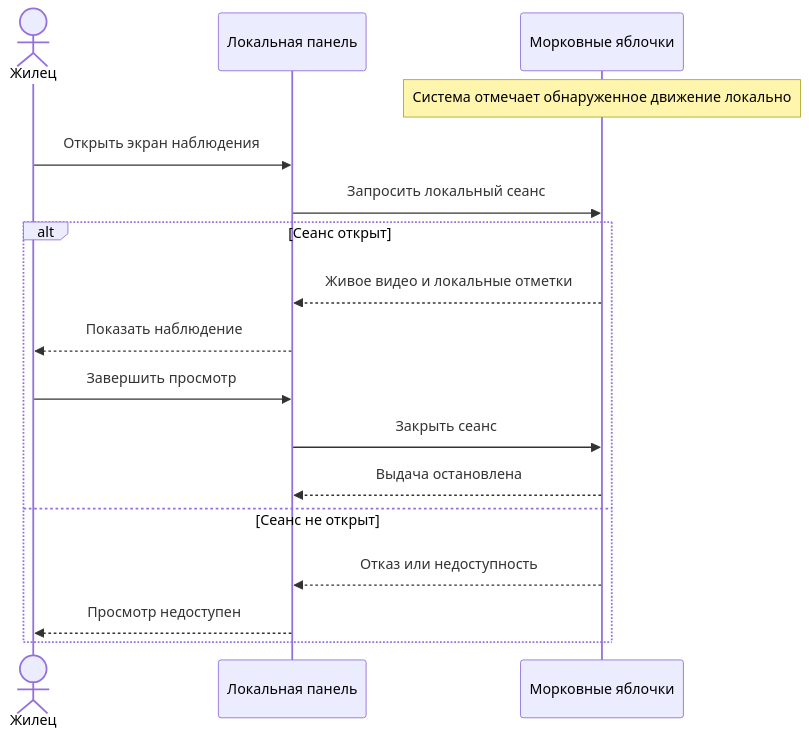
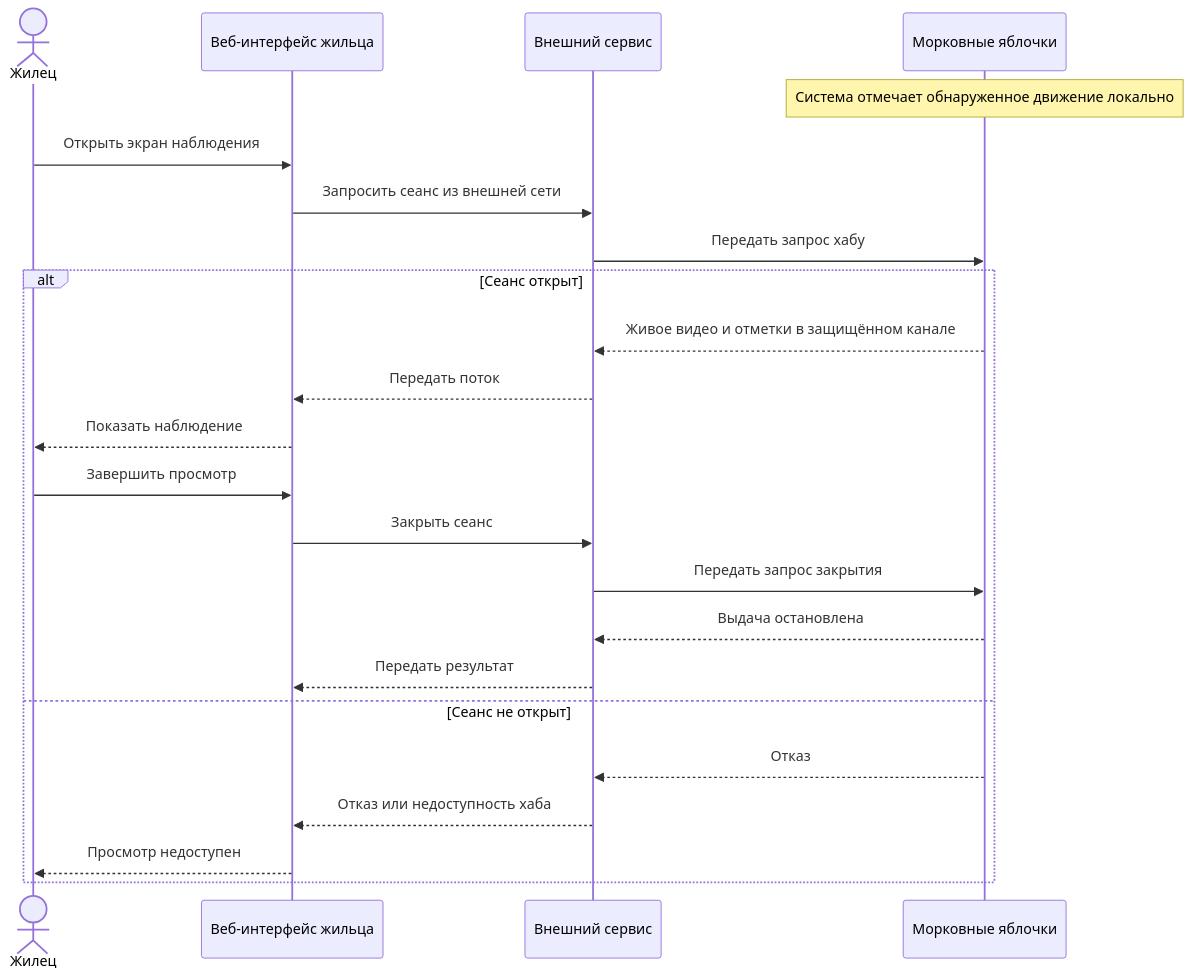
One commit to BPLA-Team/carrot-apples changed the diagram in customer_side/base_scenarios/S02_MONITORING.md. Above: the diagram before and after it, drawn with Mermaid. The commit also changed other lines of this file and 22 other files, not shown here.

Commit message:
docs(architecture): document web access through the external service

````diff
--- a/customer_side/base_scenarios/S02_MONITORING.md
+++ b/customer_side/base_scenarios/S02_MONITORING.md
@@ -3,19 +3,25 @@
 ```mermaid
 sequenceDiagram
     actor R as Жилец
-    participant P as Локальная панель
+    participant W as Веб-интерфейс жильца
+    participant S as Внешний сервис
     participant H as Морковные яблочки
     Note over H: Система отмечает обнаруженное движение локально
-    R->>P: Открыть экран наблюдения
-    P->>H: Запросить локальный сеанс
+    R->>W: Открыть экран наблюдения
+    W->>S: Запросить сеанс из внешней сети
+    S->>H: Передать запрос хабу
     alt Сеанс открыт
-        H-->>P: Живое видео и локальные отметки
-        P-->>R: Показать наблюдение
-        R->>P: Завершить просмотр
-        P->>H: Закрыть сеанс
-        H-->>P: Выдача остановлена
+        H-->>S: Живое видео и отметки в защищённом канале
+        S-->>W: Передать поток
+        W-->>R: Показать наблюдение
+        R->>W: Завершить просмотр
+        W->>S: Закрыть сеанс
+        S->>H: Передать запрос закрытия
+        H-->>S: Выдача остановлена
+        S-->>W: Передать результат
     else Сеанс не открыт
-        H-->>P: Отказ или недоступность
-        P-->>R: Просмотр недоступен
+        H-->>S: Отказ
+        S-->>W: Отказ или недоступность хаба
+        W-->>R: Просмотр недоступен
     end
 ```
````
